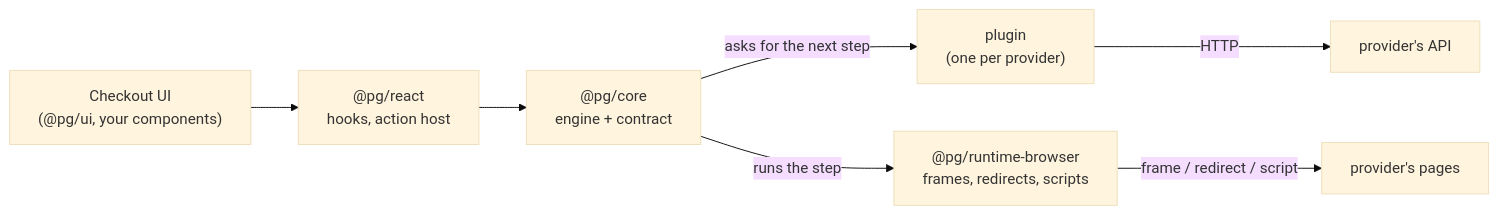
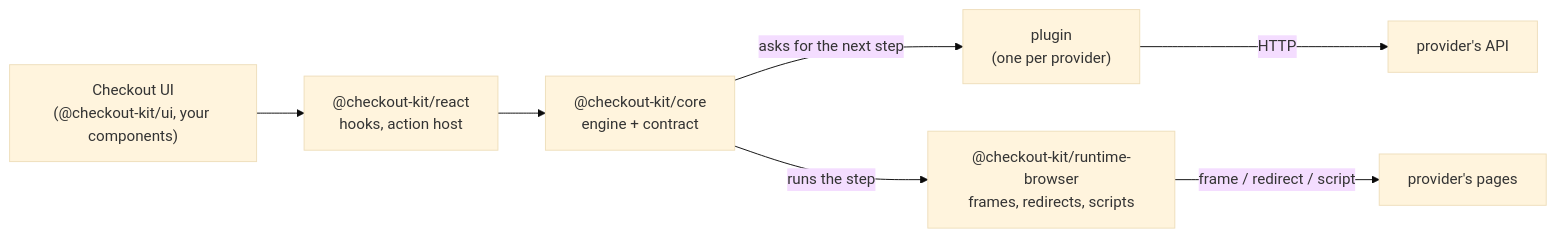
The first of 3 diagrams in docs/architecture.md (themafia98/payment-gateway), drawn with Mermaid (base theme) before and after one commit. The commit also changed other lines of this file and 102 other files, not shown here.

````diff
--- a/docs/architecture.md
+++ b/docs/architecture.md
@@ -43,9 +43,9 @@
 ```mermaid
 flowchart LR
-    UI["Checkout UI<br/>(@pg/ui, your components)"] --> R["@pg/react<br/>hooks, action host"]
-    R --> E["@pg/core<br/>engine + contract"]
+    UI["Checkout UI<br/>(@checkout-kit/ui, your components)"] --> R["@checkout-kit/react<br/>hooks, action host"]
+    R --> E["@checkout-kit/core<br/>engine + contract"]
     E -->|"asks for the next step"| P["plugin<br/>(one per provider)"]
-    E -->|"runs the step"| RN["@pg/runtime-browser<br/>frames, redirects, scripts"]
+    E -->|"runs the step"| RN["@checkout-kit/runtime-browser<br/>frames, redirects, scripts"]
     P -->|"HTTP"| API["provider's API"]
     RN -->|"frame / redirect / script"| BANK["provider's pages"]
 ```
````
